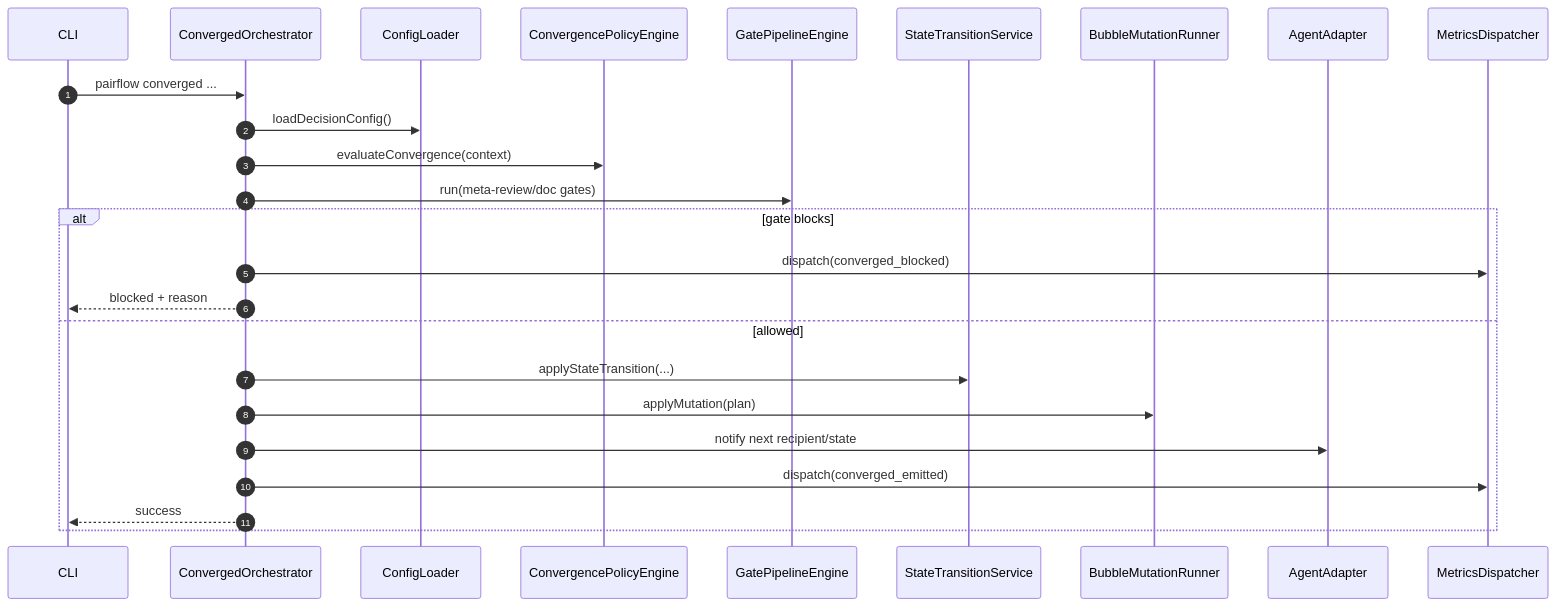
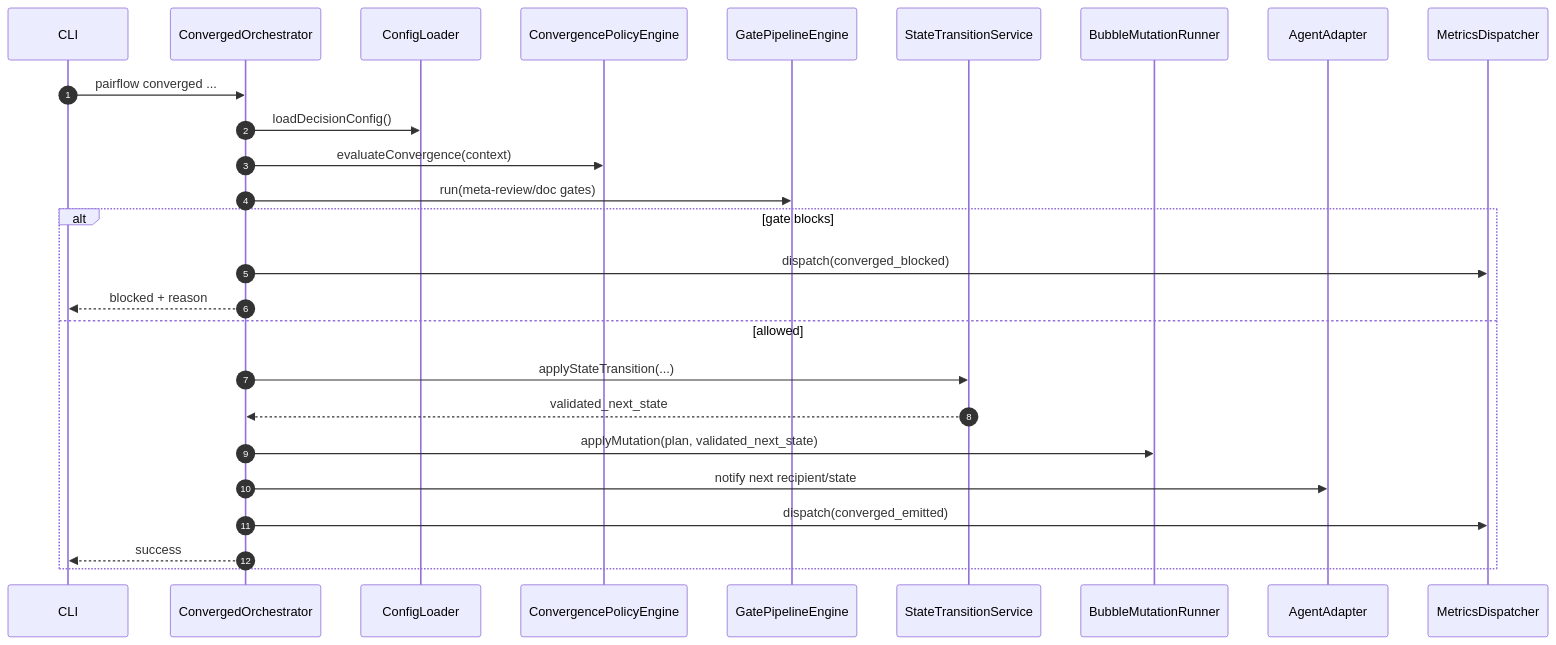
One commit to felho/pairflow changed the fifth of 8 diagrams in docs/v1.1-boundary-simplification/component-one-pagers/m0-component-visuals.md. Above: the diagram before and after it, drawn with Mermaid. The commit also changed other lines of this file and 4 other files, not shown here.

Commit message:
docs: formalize STS vs BMR ownership closure criteria

````diff
--- a/docs/v1.1-boundary-simplification/component-one-pagers/m0-component-visuals.md
+++ b/docs/v1.1-boundary-simplification/component-one-pagers/m0-component-visuals.md
@@ -119,28 +120,29 @@
 ```mermaid
 sequenceDiagram
   autonumber
   participant CLI as CLI
   participant OR as ConvergedOrchestrator
   participant CFG as ConfigLoader
   participant CPE as ConvergencePolicyEngine
   participant GATE as GatePipelineEngine
   participant STS as StateTransitionService
   participant BMR as BubbleMutationRunner
   participant AG as AgentAdapter
   participant MET as MetricsDispatcher
 
   CLI->>OR: pairflow converged ...
   OR->>CFG: loadDecisionConfig()
   OR->>CPE: evaluateConvergence(context)
   OR->>GATE: run(meta-review/doc gates)
   alt gate blocks
     OR->>MET: dispatch(converged_blocked)
     OR-->>CLI: blocked + reason
   else allowed
     OR->>STS: applyStateTransition(...)
-    OR->>BMR: applyMutation(plan)
+    STS-->>OR: validated_next_state
+    OR->>BMR: applyMutation(plan, validated_next_state)
     OR->>AG: notify next recipient/state
     OR->>MET: dispatch(converged_emitted)
     OR-->>CLI: success
   end
 ```
````
